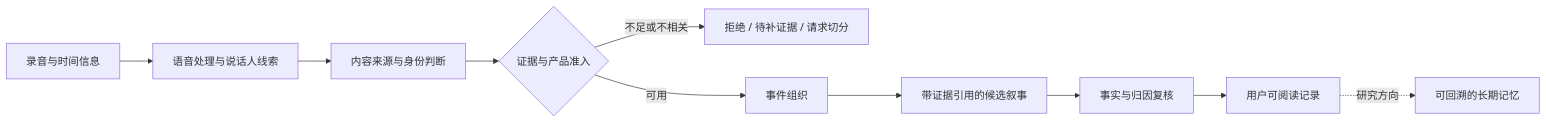
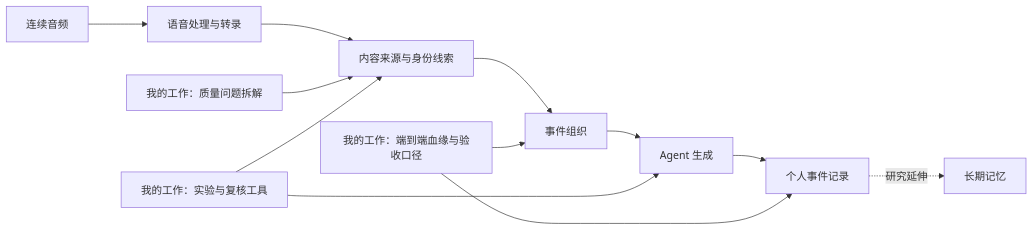
Before and after one commit to xiao222xian/audio-memory-research-notes: the diagram in README.md, drawn with Mermaid. The commit also changed other lines of this file and 13 other files, not shown here.

````diff
--- a/README.md
+++ b/README.md
@@ -23,12 +34,14 @@
 ```mermaid
 flowchart LR
-  A[录音与时间信息] --> B[语音处理与说话人线索]
-  B --> C[内容来源与身份判断]
-  C --> D{证据与产品准入}
-  D -->|不足或不相关| X[拒绝 / 待补证据 / 请求切分]
-  D -->|可用| E[事件组织]
-  E --> F[带证据引用的候选叙事]
-  F --> G[事实与归因复核]
-  G --> H[用户可阅读记录]
-  H -.研究方向.-> I[可回溯的长期记忆]
+    A[连续音频] --> B[语音处理与转录]
+    B --> C[内容来源与身份线索]
+    C --> D[事件组织]
+    D --> E[Agent 生成]
+    E --> F[个人事件记录]
+    F -.研究延伸.-> G[长期记忆]
+    H[我的工作：质量问题拆解] --> C
+    I[我的工作：实验与复核工具] --> C
+    I --> E
+    J[我的工作：端到端血缘与验收口径] --> D
+    J --> F
 ```
````
